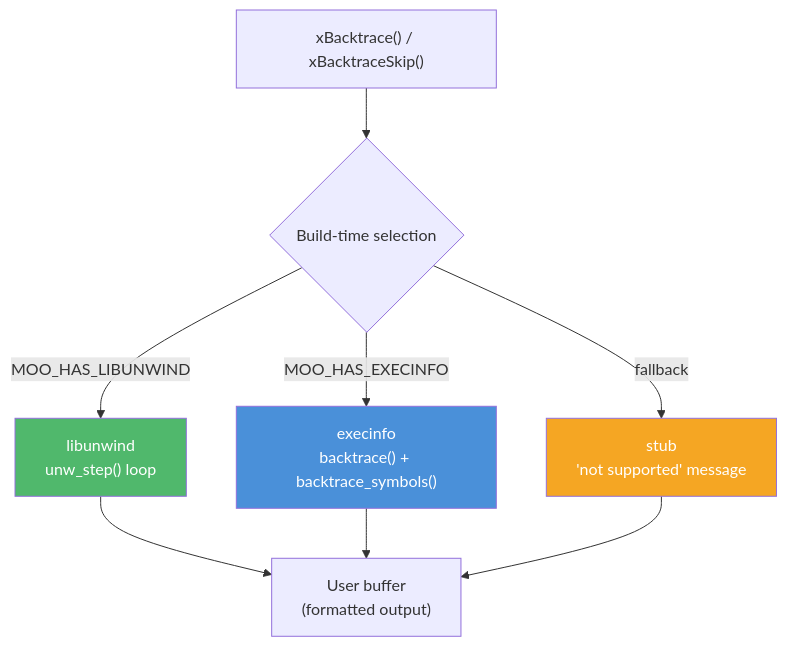
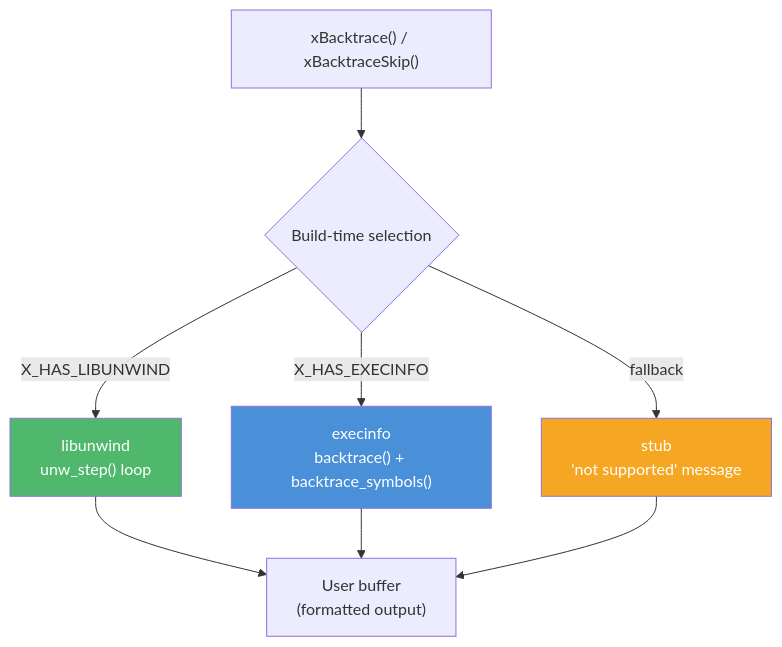
Before and after one commit to mivinci/DownloadKit: the diagram in docs/libx/base/backtrace.md, drawn with Mermaid. The commit also changed other lines of this file and 65 other files, not shown here.

````diff
--- a/docs/libx/base/backtrace.md
+++ b/docs/libx/base/backtrace.md
@@ -19,21 +19,21 @@
 ```mermaid
 graph TD
     API["xBacktrace() / xBacktraceSkip()"]
     SELECT{"Build-time selection"}
     LIBUNWIND["libunwind<br/>unw_step() loop"]
     EXECINFO["execinfo<br/>backtrace() + backtrace_symbols()"]
     STUB["stub<br/>'not supported' message"]
     BUF["User buffer<br/>(formatted output)"]
 
     API --> SELECT
-    SELECT -->|MOO_HAS_LIBUNWIND| LIBUNWIND
-    SELECT -->|MOO_HAS_EXECINFO| EXECINFO
+    SELECT -->|X_HAS_LIBUNWIND| LIBUNWIND
+    SELECT -->|X_HAS_EXECINFO| EXECINFO
     SELECT -->|fallback| STUB
     LIBUNWIND --> BUF
     EXECINFO --> BUF
     STUB --> BUF
 
     style LIBUNWIND fill:#50b86c,color:#fff
     style EXECINFO fill:#4a90d9,color:#fff
     style STUB fill:#f5a623,color:#fff
 ```
````
